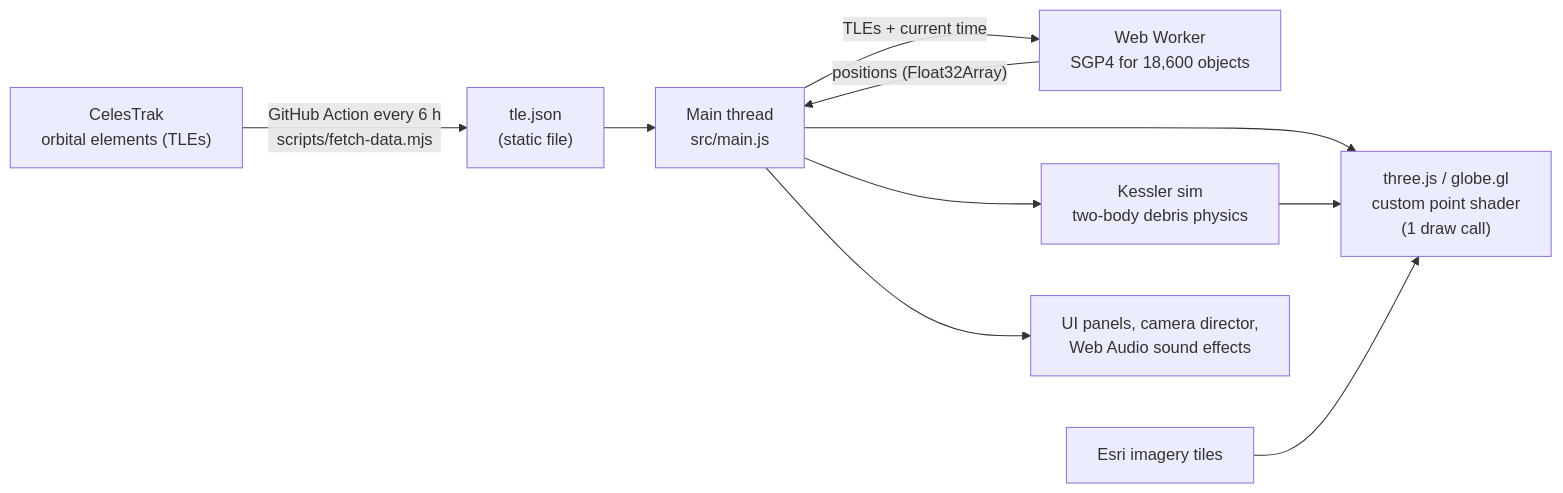
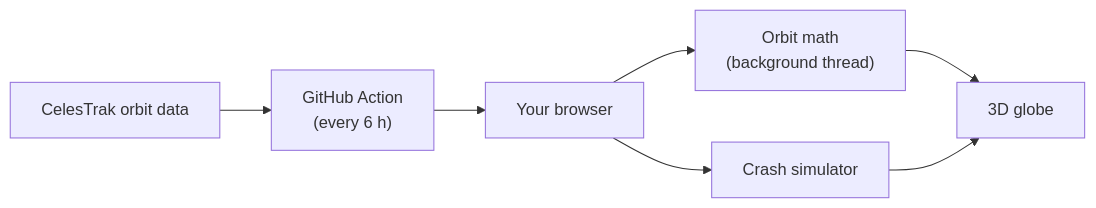
The diagram in README.md (waazy-w/skyward), drawn with Mermaid before and after one commit. The commit also changed other lines of this file and 1 other file, not shown here.

Commit message:
Orbit line starts right at the satellite with no trail behind it; simpler README

````diff
--- a/README.md
+++ b/README.md
@@ -27,12 +26,6 @@
 ```mermaid
 flowchart LR
-  CT["CelesTrak<br/>orbital elements (TLEs)"] -->|"GitHub Action every 6 h<br/>scripts/fetch-data.mjs"| JSON["tle.json<br/>(static file)"]
-  JSON --> MAIN["Main thread<br/>src/main.js"]
-  MAIN -->|"TLEs + current time"| WK["Web Worker<br/>SGP4 for 18,600 objects"]
-  WK -->|"positions (Float32Array)"| MAIN
-  MAIN --> R["three.js / globe.gl<br/>custom point shader<br/>(1 draw call)"]
-  MAIN --> K["Kessler sim<br/>two-body debris physics"]
-  K --> R
-  ESRI["Esri imagery tiles"] --> R
-  MAIN --> UI["UI panels, camera director,<br/>Web Audio sound effects"]
+  A["CelesTrak orbit data"] --> B["GitHub Action<br/>(every 6 h)"] --> C["Your browser"]
+  C --> D["Orbit math<br/>(background thread)"] --> E["3D globe"]
+  C --> F["Crash simulator"] --> E
 ```
````
